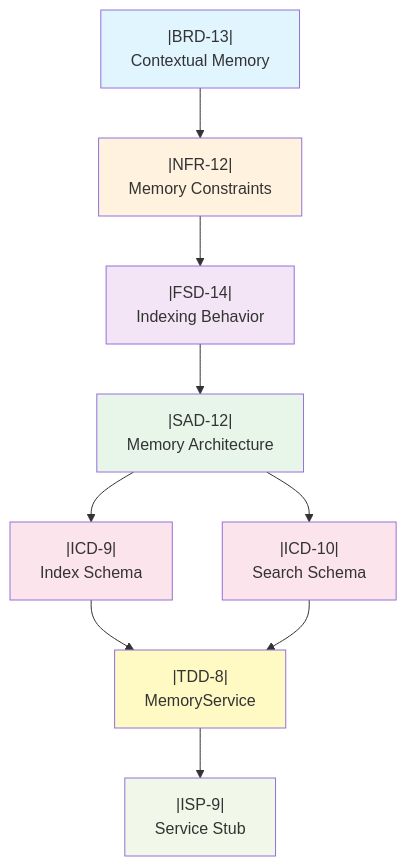
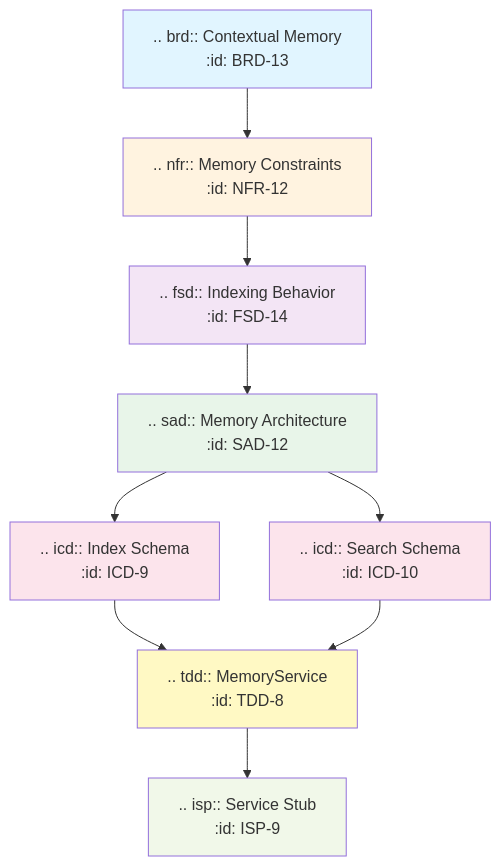
The diagram in .agent/assets/ddr_hierarchy/14. Advanced Traceability Techniques.md (formosa/Antigravity), drawn with Mermaid before and after one commit. The commit also changed other lines of this file and 25 other files, not shown here.

````diff
--- a/.agent/assets/ddr_hierarchy/14. Advanced Traceability Techniques.md
+++ b/.agent/assets/ddr_hierarchy/14. Advanced Traceability Techniques.md
@@ -45,30 +49,29 @@
-```mermaid
+~~~mermaid
 graph TD
-    BRD13["|BRD-13|<br/>Contextual Memory"]
-    NFR12["|NFR-12|<br/>Memory Constraints"]
-    FSD14["|FSD-14|<br/>Indexing Behavior"]
-    SAD12["|SAD-12|<br/>Memory Architecture"]
-    ICD9["|ICD-9|<br/>Index Schema"]
-    ICD10["|ICD-10|<br/>Search Schema"]
-    TDD8["|TDD-8|<br/>MemoryService"]
-    ISP9["|ISP-9|<br/>Service Stub"]
+    BRD13[".. brd:: Contextual Memory<br/>:id: BRD-13"]
+    NFR12[".. nfr:: Memory Constraints<br/>:id: NFR-12"]
+    FSD14[".. fsd:: Indexing Behavior<br/>:id: FSD-14"]
+    SAD12[".. sad:: Memory Architecture<br/>:id: SAD-12"]
+    ICD9[".. icd:: Index Schema<br/>:id: ICD-9"]
+    ICD10[".. icd:: Search Schema<br/>:id: ICD-10"]
+    TDD8[".. tdd:: MemoryService<br/>:id: TDD-8"]
+    ISP9[".. isp:: Service Stub<br/>:id: ISP-9"]
 
     BRD13 --> NFR12
     NFR12 --> FSD14
     FSD14 --> SAD12
     SAD12 --> ICD9
     SAD12 --> ICD10
     ICD9 --> TDD8
     ICD10 --> TDD8
     TDD8 --> ISP9
 
     style BRD13 fill:#e1f5ff
     style NFR12 fill:#fff3e0
     style FSD14 fill:#f3e5f5
     style SAD12 fill:#e8f5e9
     style ICD9 fill:#fce4ec
     style ICD10 fill:#fce4ec
     style TDD8 fill:#fff9c4
     style ISP9 fill:#f1f8e9
-
-```
+~~~
````
